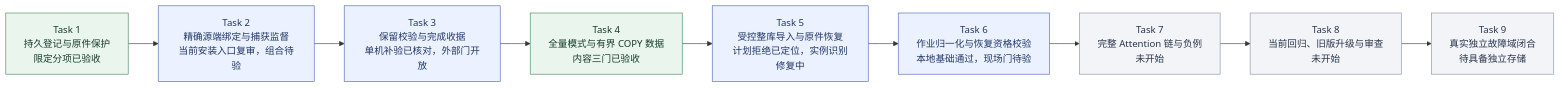
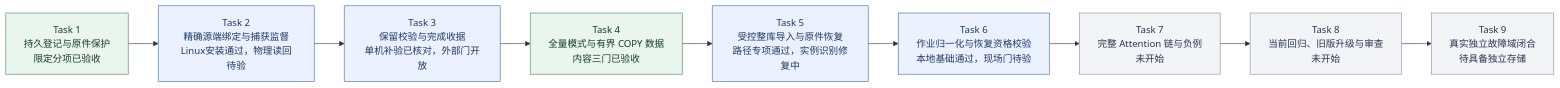
The second of 9 diagrams in docs/KnowWeave实施路线与系统架构.md (MansurnamedZhang/learning-system-p0c4), drawn with Mermaid before and after one commit. The commit also changed other lines of this file and 4 other files, not shown here.

````diff
--- a/docs/KnowWeave实施路线与系统架构.md
+++ b/docs/KnowWeave实施路线与系统架构.md
@@ -72,26 +72,26 @@
 ```mermaid
 flowchart LR
     C4T1["Task 1<br/>持久登记与原件保护<br/>限定分项已验收"]
-    C4T2["Task 2<br/>精确源端绑定与捕获监督<br/>当前安装入口复审，组合待验"]
+    C4T2["Task 2<br/>精确源端绑定与捕获监督<br/>Linux安装通过，物理读回待验"]
     C4T3["Task 3<br/>保留校验与完成收据<br/>单机补验已核对，外部门开放"]
     C4T4["Task 4<br/>全量模式与有界 COPY 数据<br/>内容三门已验收"]
-    C4T5["Task 5<br/>受控整库导入与原件恢复<br/>计划拒绝已定位，实例识别修复中"]
+    C4T5["Task 5<br/>受控整库导入与原件恢复<br/>路径专项通过，实例识别修复中"]
     C4T6["Task 6<br/>作业归一化与恢复资格校验<br/>本地基础通过，现场门待验"]
     C4T7["Task 7<br/>完整 Attention 链与负例<br/>未开始"]
     C4T8["Task 8<br/>当前回归、旧版升级与审查<br/>未开始"]
     C4T9["Task 9<br/>真实独立故障域闭合<br/>待具备独立存储"]
     C4T1 --> C4T2
     C4T2 --> C4T3
     C4T3 --> C4T4
     C4T4 --> C4T5
     C4T5 --> C4T6
     C4T6 --> C4T7
     C4T7 --> C4T8
     C4T8 --> C4T9
     class C4T1,C4T4 done
     class C4T2,C4T3,C4T5,C4T6 next
     class C4T7,C4T8,C4T9 planned
     classDef done fill:#eaf5ee,stroke:#438363,color:#173d2b
     classDef next fill:#ebf1ff,stroke:#4365b4,color:#203866
     classDef planned fill:#f2f4f8,stroke:#8591a3,color:#28354b
 ```
````
